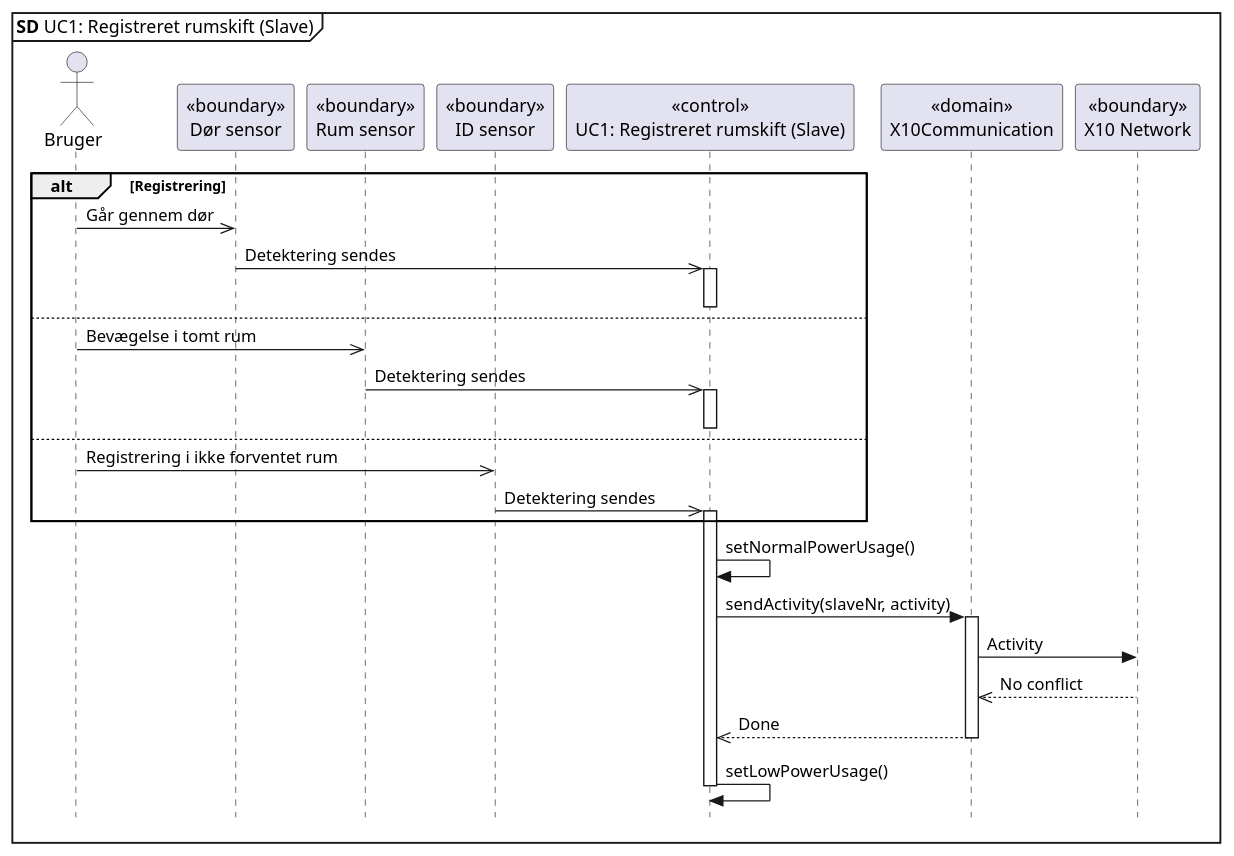
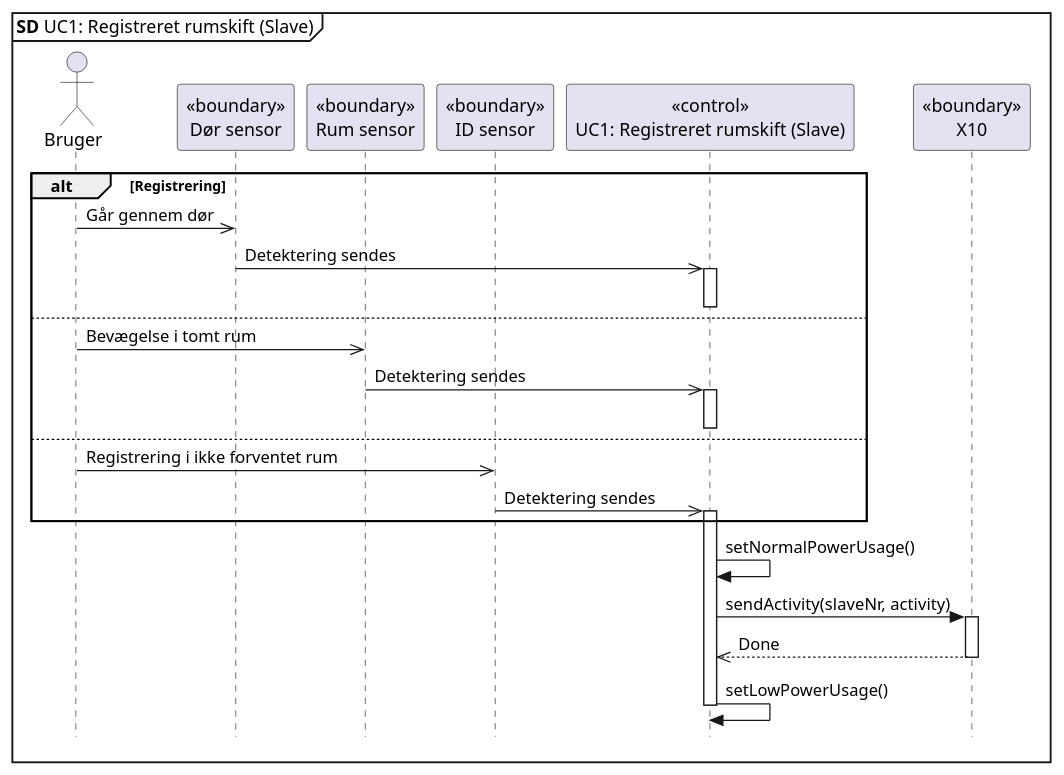
Before and after one commit to Tukkel/Projekt_2: the diagram in Updated SysML/Software Arkitektur-Design/UC1 AM/UC1 SD Slave.puml, drawn with PlantUML. The commit also changed 1 other file, not shown here.

```diff
--- a/Updated SysML/Software Arkitektur-Design/UC1 AM/UC1 SD Slave.puml
+++ b/Updated SysML/Software Arkitektur-Design/UC1 AM/UC1 SD Slave.puml
@@ -1,38 +1,36 @@
 @startuml UC1 SD Slave
 skinparam style strictuml
 
 mainframe **SD** UC1: Registreret rumskift (Slave)
 
 actor Bruger as bruger
 participant "<<boundary>>\nDør sensor" as dør
 participant "<<boundary>>\nRum sensor" as rum
 participant "<<boundary>>\nID sensor" as ID
 participant "<<control>>\nUC1: Registreret rumskift (Slave)" as slave
-participant "<<domain>>\nX10Communication" as X10
-participant "<<boundary>>\nX10 Network" as X10Net
+participant "<<boundary>>\nX10" as X10
+
 
 alt Registrering
 bruger ->> dør : Går gennem dør
 dør ->> slave : Detektering sendes
 activate slave
-else
+else 
 deactivate slave
 bruger ->> rum : Bevægelse i tomt rum
 rum ->> slave : Detektering sendes
 activate slave
 else
 deactivate slave
 bruger ->> ID : Registrering i ikke forventet rum
 ID ->> slave : Detektering sendes
 activate slave
 end
 slave -> slave : setNormalPowerUsage()
 slave -> X10 : sendActivity(slaveNr, activity)
 activate X10
-X10 -> X10Net : Activity
-X10 <<-- X10Net : No conflict
 slave <<-- X10 : Done
 deactivate X10
 slave -> slave : setLowPowerUsage()
 deactivate slave
 @enduml
```
